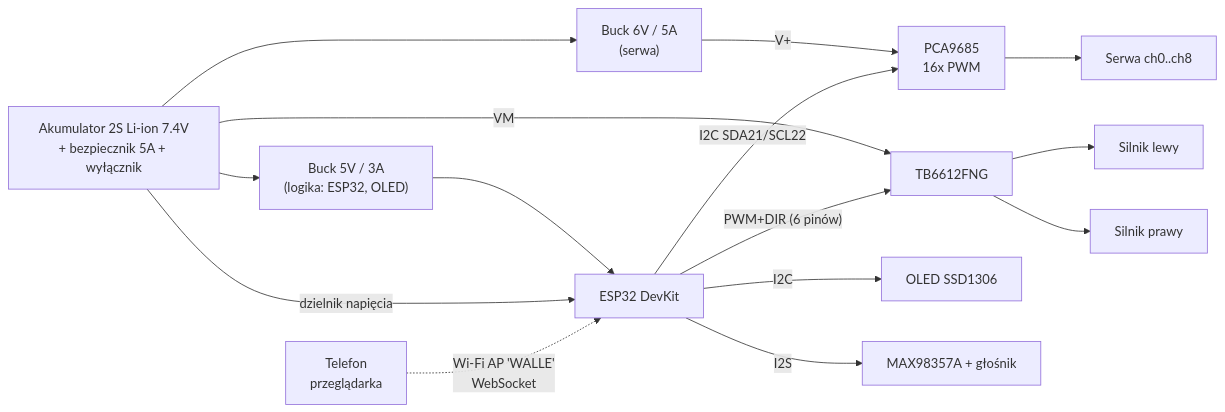
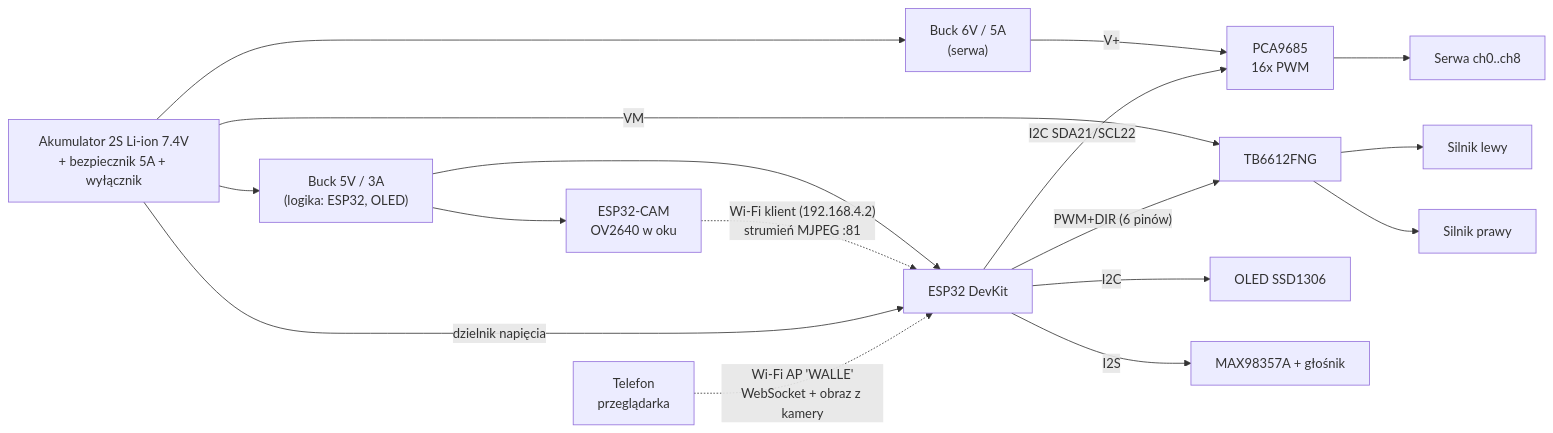
Before and after one commit to arekp/wall-e: the diagram in docs/electronics.md, drawn with Mermaid. The commit also changed other lines of this file, not shown here.

First line of the commit message:
Add ESP32-CAM module with MJPEG stream via WALLE access point

````diff
--- a/docs/electronics.md
+++ b/docs/electronics.md
@@ -22,21 +23,23 @@
 ```mermaid
 flowchart LR
     BAT["Akumulator 2S Li-ion 7.4V<br/>+ bezpiecznik 5A + wyłącznik"]
     BAT --> BUCK5["Buck 5V / 3A<br/>(logika: ESP32, OLED)"]
     BAT --> BUCK6["Buck 6V / 5A<br/>(serwa)"]
     BAT -->|VM| DRV["TB6612FNG"]
 
     BUCK5 --> ESP["ESP32 DevKit"]
     BUCK6 -->|V+| PCA["PCA9685<br/>16x PWM"]
     PCA --> SERVA["Serwa ch0..ch8"]
 
     ESP -- "I2C SDA21/SCL22" --> PCA
     ESP -- "I2C" --> OLED["OLED SSD1306"]
     ESP -- "PWM+DIR (6 pinów)" --> DRV
     DRV --> ML["Silnik lewy"]
     DRV --> MR["Silnik prawy"]
     ESP -- "I2S" --> AMP["MAX98357A + głośnik"]
+    BUCK5 --> CAM["ESP32-CAM<br/>OV2640 w oku"]
+    CAM -. "Wi-Fi klient (192.168.4.2)<br/>strumień MJPEG :81" .-> ESP
     BAT -- "dzielnik napięcia" --> ESP
 
-    PHONE["Telefon<br/>przeglądarka"] -. "Wi-Fi AP 'WALLE'<br/>WebSocket" .-> ESP
+    PHONE["Telefon<br/>przeglądarka"] -. "Wi-Fi AP 'WALLE'<br/>WebSocket + obraz z kamery" .-> ESP
 ```
````
